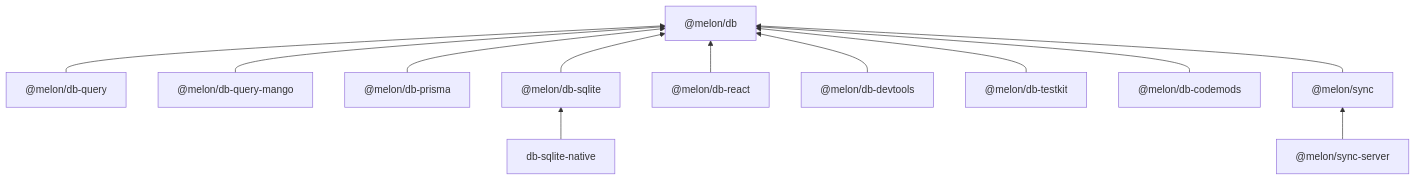
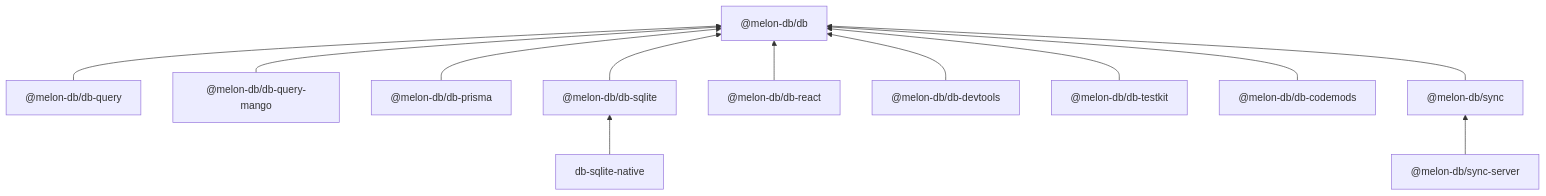
One commit to nwnichols02/melon-db changed the third of 4 diagrams in apps/docs/content/docs/architecture/index.mdx. Above: the diagram before and after it, drawn with Mermaid. The commit also changed other lines of this file and 541 other files, not shown here.

````diff
--- a/apps/docs/content/docs/architecture/index.mdx
+++ b/apps/docs/content/docs/architecture/index.mdx
@@ -86,32 +86,32 @@
 ```mermaid
 flowchart BT
-  DB["@melon/db"]
+  DB["@melon-db/db"]
 
-  Q["@melon/db-query"]
-  Mango["@melon/db-query-mango"]
-  Prisma["@melon/db-prisma"]
-  SQLite["@melon/db-sqlite"]
+  Q["@melon-db/db-query"]
+  Mango["@melon-db/db-query-mango"]
+  Prisma["@melon-db/db-prisma"]
+  SQLite["@melon-db/db-sqlite"]
 
-  React["@melon/db-react"]
-  Devtools["@melon/db-devtools"]
-  Testkit["@melon/db-testkit"]
-  Codemods["@melon/db-codemods"]
+  React["@melon-db/db-react"]
+  Devtools["@melon-db/db-devtools"]
+  Testkit["@melon-db/db-testkit"]
+  Codemods["@melon-db/db-codemods"]
 
-  Sync["@melon/sync"]
-  SyncServer["@melon/sync-server"]
+  Sync["@melon-db/sync"]
+  SyncServer["@melon-db/sync-server"]
   Native["db-sqlite-native"]
 
   Q --> DB
   Mango --> DB
   Prisma --> DB
   SQLite --> DB
 
   React --> DB
   Devtools --> DB
   Testkit --> DB
   Codemods --> DB
 
   Sync --> DB
   SyncServer --> Sync
   Native --> SQLite
 ```
````
